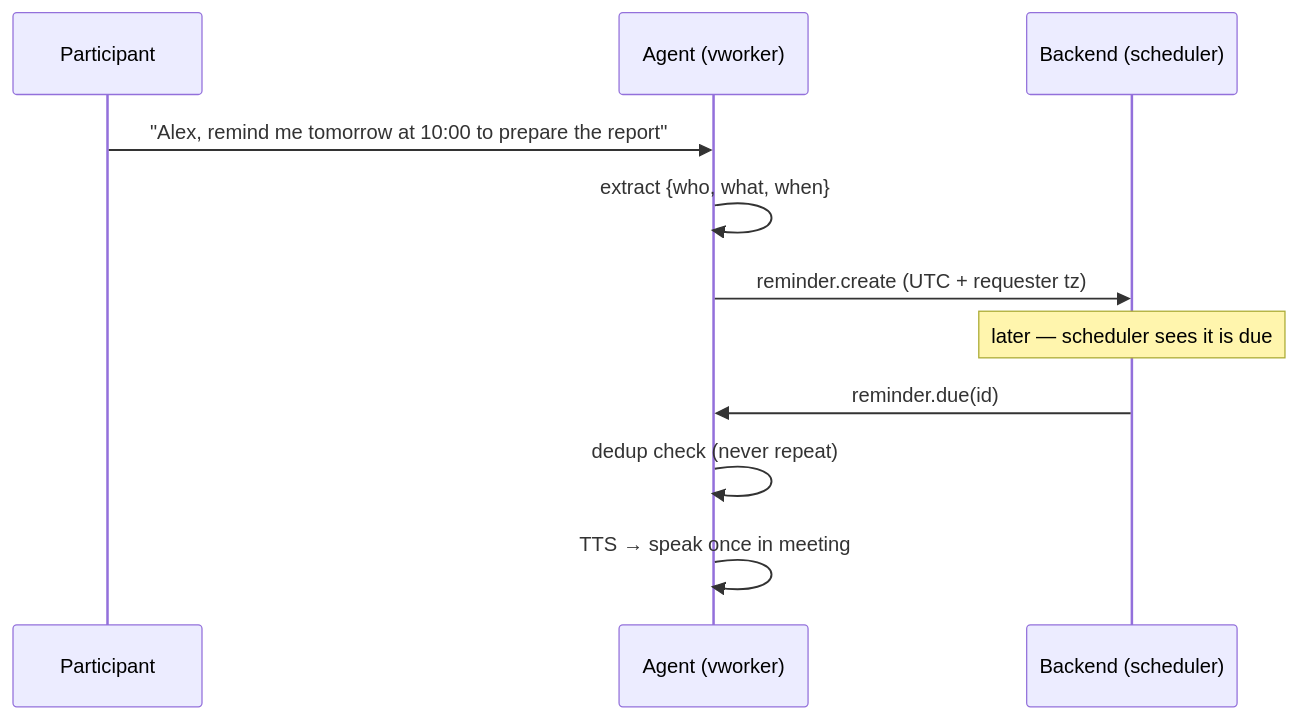
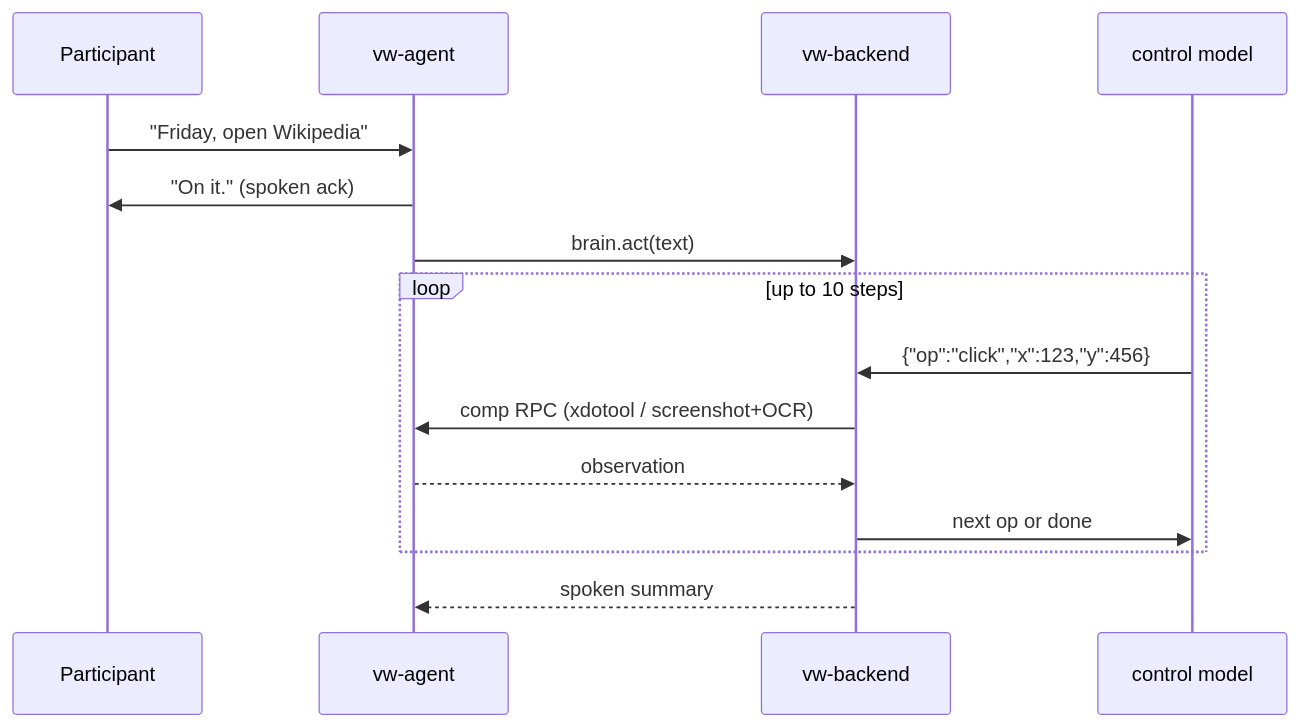
The third of 5 diagrams in docs/design.md (abstract-business-systems/virtual-worker), drawn with Mermaid before and after one commit. The commit also changed other lines of this file and 1 other file, not shown here.

Commit message:
Docs: rewrite design.md to as-deployed state; add architecture.md with system, audio, gating, brain-loop, stop, and ACL diagrams

````diff
--- a/docs/design.md
+++ b/docs/design.md
@@ -277,14 +299,18 @@
 ```mermaid
 sequenceDiagram
     participant P as Participant
-    participant Ag as Agent (vworker)
-    participant Be as Backend (scheduler)
+    participant Ag as vw-agent
+    participant Be as vw-backend
+    participant M as control model
 
-    P->>Ag: "Alex, remind me tomorrow at 10:00 to prepare the report"
-    Ag->>Ag: extract {who, what, when}
-    Ag->>Be: reminder.create (UTC + requester tz)
-    Note over Be: later — scheduler sees it is due
-    Be->>Ag: reminder.due(id)
-    Ag->>Ag: dedup check (never repeat)
-    Ag->>Ag: TTS → speak once in meeting
+    P->>Ag: "Friday, open Wikipedia"
+    Ag->>P: "On it." (spoken ack)
+    Ag->>Be: brain.act(text)
+    loop up to 10 steps
+        M->>Be: {"op":"click","x":123,"y":456}
+        Be->>Ag: comp RPC (xdotool / screenshot+OCR)
+        Ag-->>Be: observation
+        Be->>M: next op or done
+    end
+    Be-->>Ag: spoken summary
 ```
````
